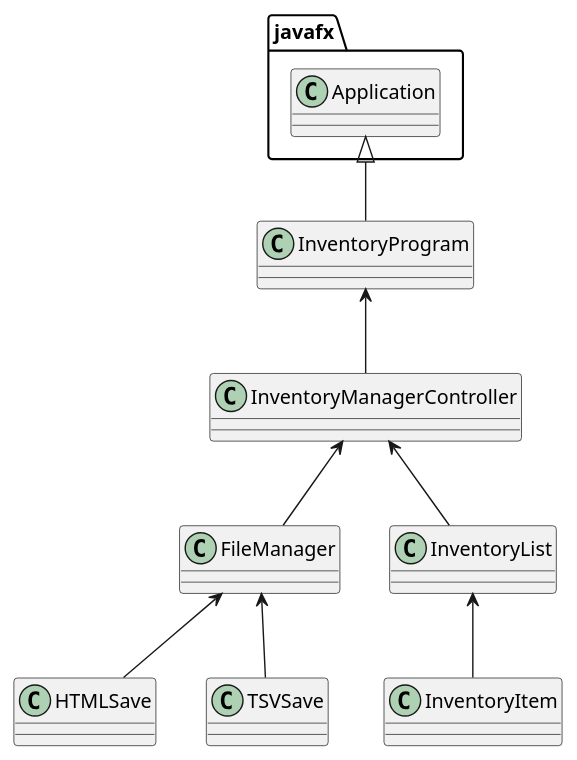
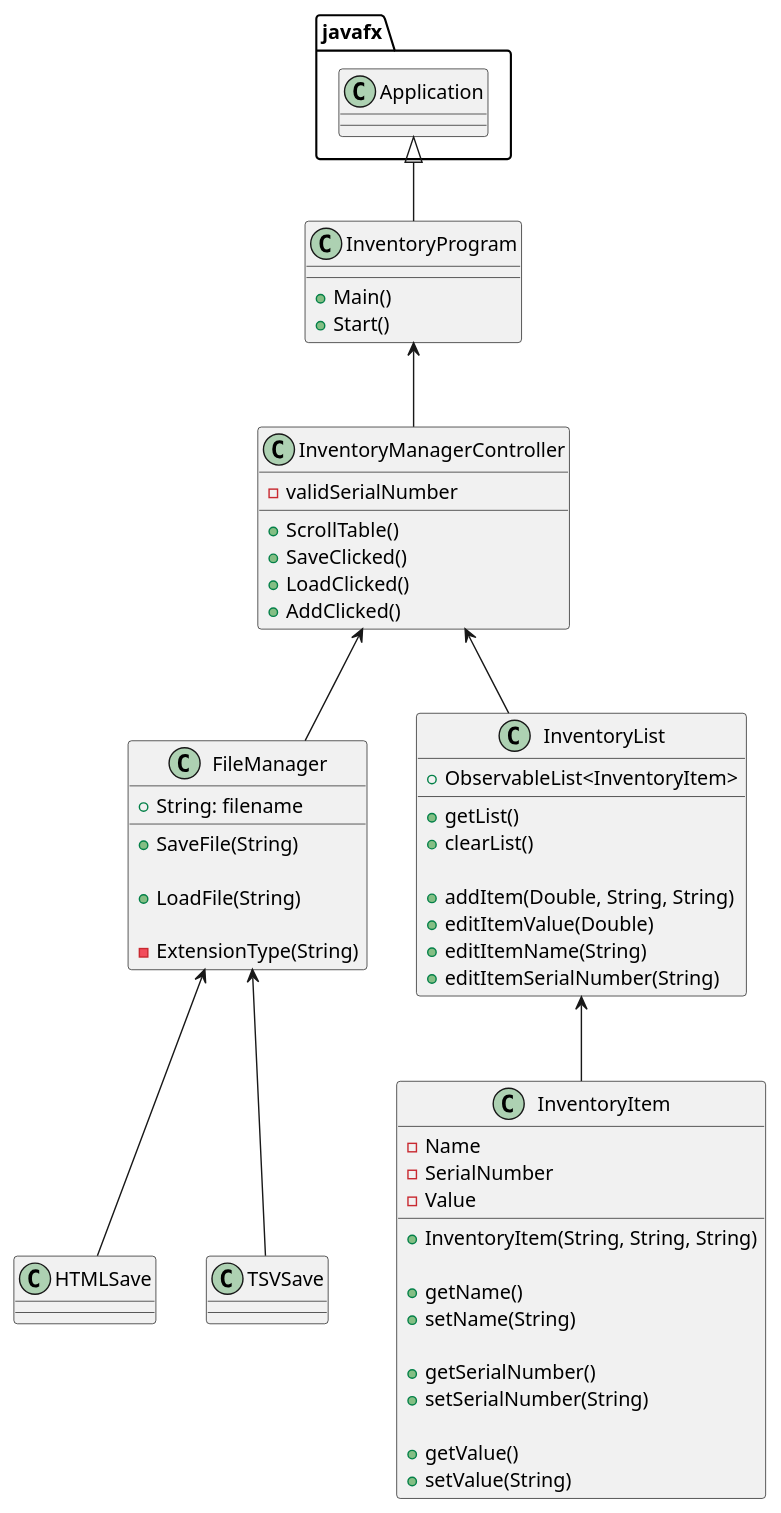
The diagram in UML/Main.puml (Chabs64/higgins-1720-a5), drawn with PlantUML before and after one commit. The commit also changed 4 other files, not shown here.

```diff
--- a/UML/Main.puml
+++ b/UML/Main.puml
@@ -1,26 +1,85 @@
 @startuml
 
 javafx.Application <|-- InventoryProgram
 InventoryProgram <-- InventoryManagerController
 InventoryManagerController <-- FileManager
 FileManager <-- HTMLSave
 FileManager <-- TSVSave
 
 InventoryManagerController <-- InventoryList
 InventoryList <-- InventoryItem
 
 class InventoryProgram
+{
+    + Main()
+    + Start()
+}
+
 
 class InventoryManagerController
+{
+    - validSerialNumber
+
+    + ScrollTable()
+    + SaveClicked()
+    + LoadClicked()
+    + AddClicked()
+}
+
 
 class InventoryList
+{
+    + ObservableList<InventoryItem>
+
+    + getList()
+    + clearList()
+
+    + addItem(Double, String, String)
+    + editItemValue(Double)
+    + editItemName(String)
+    + editItemSerialNumber(String)
+}
+
 
 class InventoryItem
+{
+    - Name
+    - SerialNumber
+    - Value
+
+    + InventoryItem(String, String, String)
+
+    + getName()
+    + setName(String)
+
+    + getSerialNumber()
+    + setSerialNumber(String)
+
+    + getValue()
+    + setValue(String)
+}
+
 
 class FileManager
+{
+    + String: filename
+
+    + SaveFile(String)
+
+    + LoadFile(String)
+
+    - ExtensionType(String)
+}
 
 class HTMLSave
+{
+
+}
 
 class TSVSave
+{
+
+}
+
 
 @enduml
```
